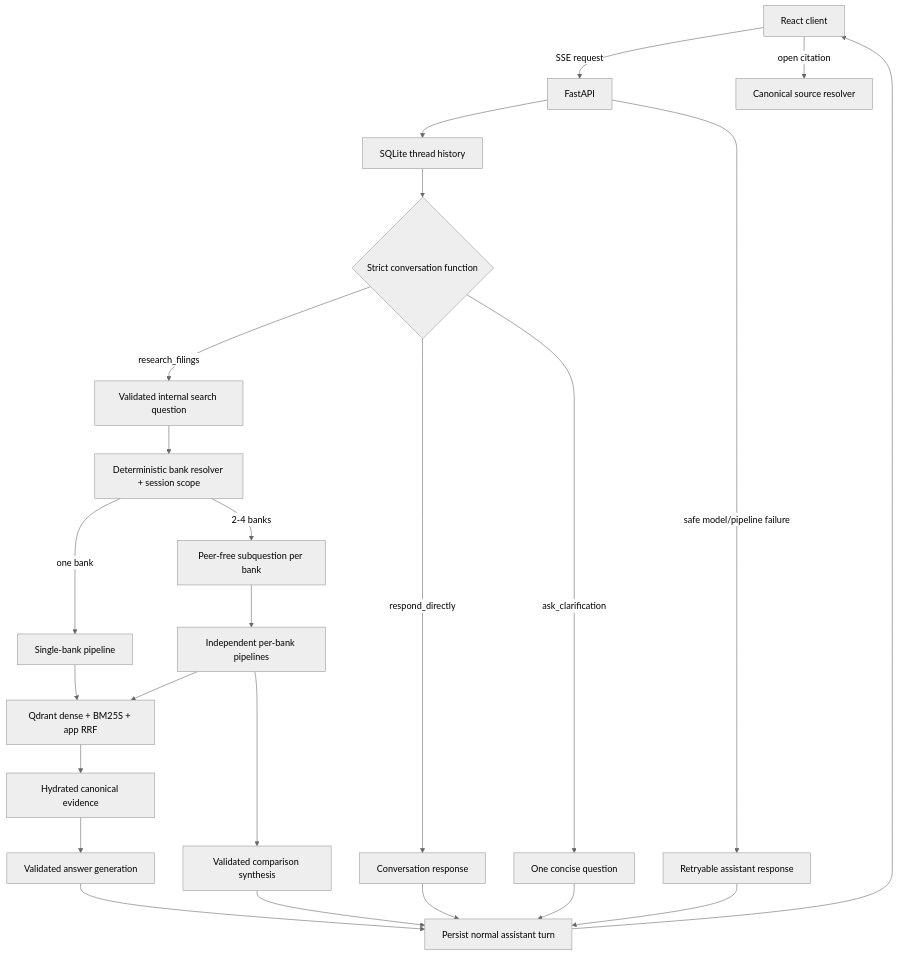
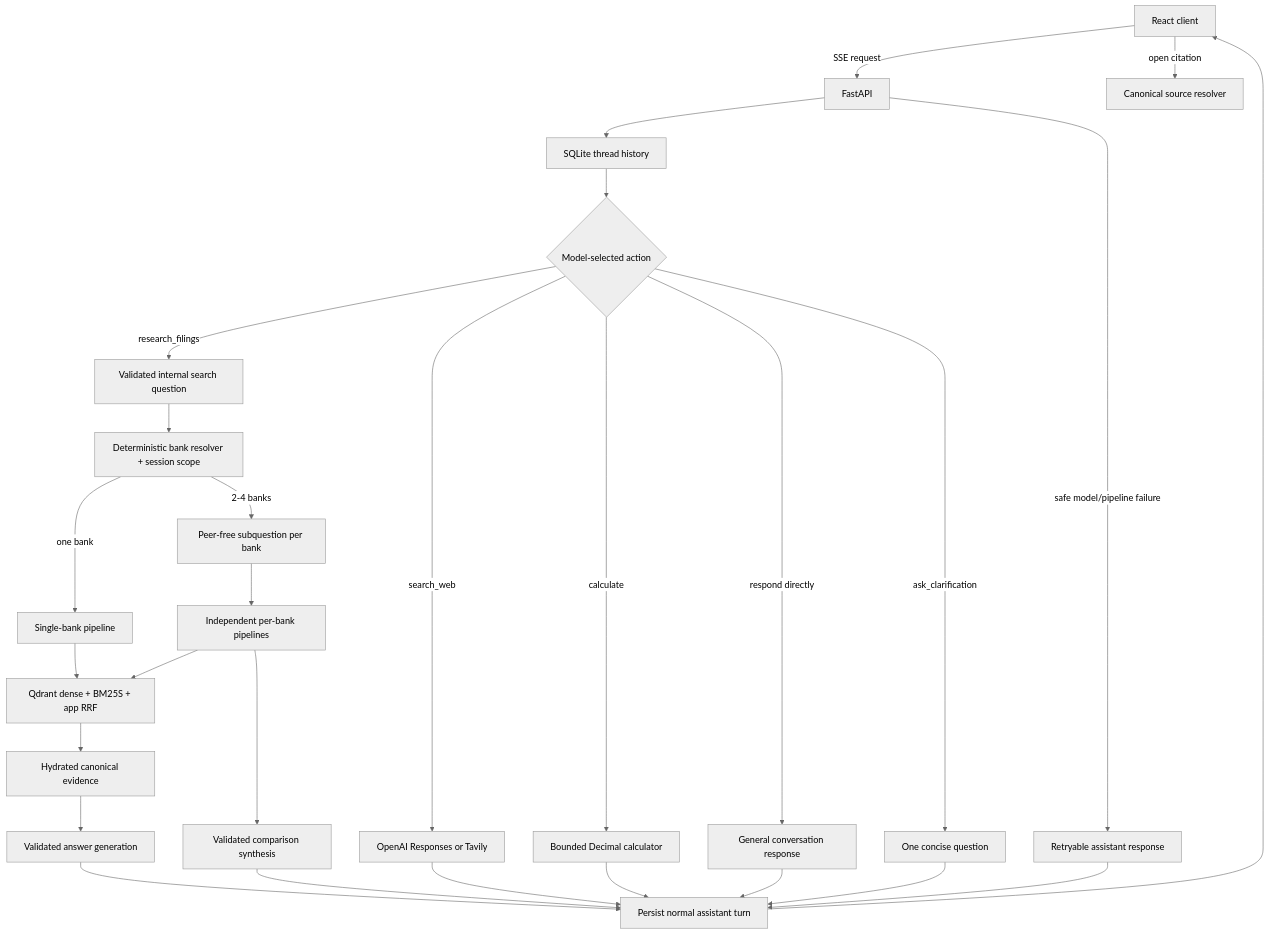
One commit to nikolabakic/Banking-Technology-and-Operational-Risk-Intelligence-Assistant changed the second of 2 diagrams in README.md. Above: the diagram before and after it, drawn with Mermaid (neutral theme). The commit also changed other lines of this file and 45 other files, not shown here.

Commit message:
Add general chat web search and calculator tools

````diff
--- a/README.md
+++ b/README.md
@@ -164,26 +186,30 @@
 ```mermaid
 flowchart TD
     UI[React client] -->|SSE request| API[FastAPI]
     API --> History[SQLite thread history]
-    History --> FrontDoor{Strict conversation function}
-    FrontDoor -->|respond_directly| Direct[Conversation response]
+    History --> FrontDoor{Model-selected action}
+    FrontDoor -->|respond directly| Direct[General conversation response]
     FrontDoor -->|ask_clarification| Clarify[One concise question]
     FrontDoor -->|research_filings| Context[Validated internal search question]
+    FrontDoor -->|search_web| Web[OpenAI Responses or Tavily]
+    FrontDoor -->|calculate| Calc[Bounded Decimal calculator]
     Context --> Resolve[Deterministic bank resolver + session scope]
     Resolve -->|one bank| Single[Single-bank pipeline]
     Resolve -->|2-4 banks| Plan[Peer-free subquestion per bank]
     Plan --> Multi[Independent per-bank pipelines]
     Single --> Retrieval[Qdrant dense + BM25S + app RRF]
     Multi --> Retrieval
     Retrieval --> Evidence[Hydrated canonical evidence]
     Evidence --> Generate[Validated answer generation]
     Multi --> Synthesis[Validated comparison synthesis]
     Generate --> Persist[Persist normal assistant turn]
     Synthesis --> Persist
+    Web --> Persist
+    Calc --> Persist
     Direct --> Persist
     Clarify --> Persist
     API -->|safe model/pipeline failure| Recovery[Retryable assistant response]
     Recovery --> Persist
     Persist --> UI
     UI -->|open citation| Sources[Canonical source resolver]
 ```
````
